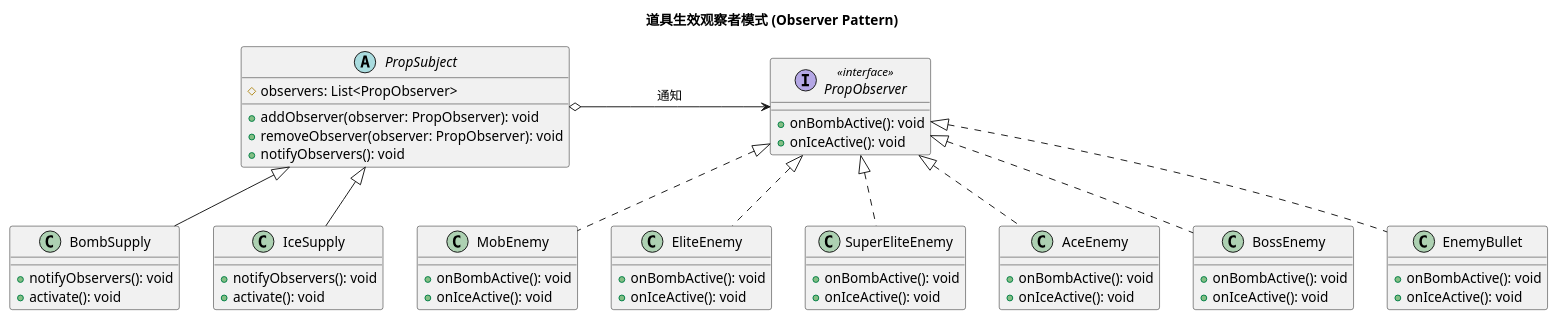
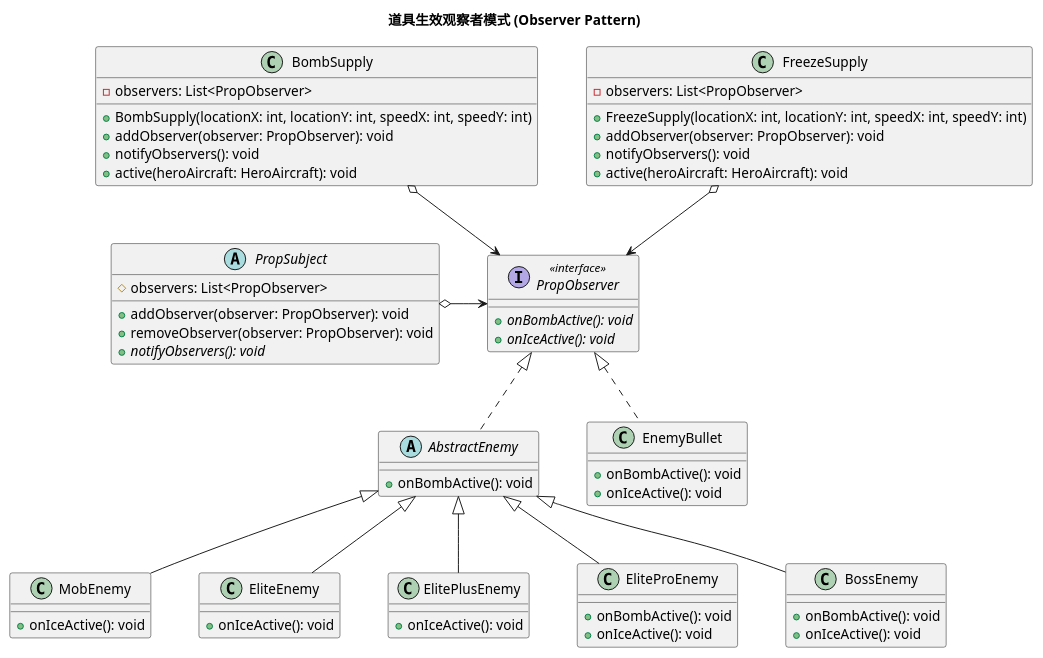
The diagram in uml/Observer Pattern.puml (Leslie-1341/AircraftWar-base1.0), drawn with PlantUML before and after one commit. The commit also changed 22 other files, not shown here.

Commit message:
完善了uml类图和部分代码

```diff
--- a/uml/Observer Pattern.puml
+++ b/uml/Observer Pattern.puml
@@ -1,73 +1,90 @@
 @startuml
 title 道具生效观察者模式 (Observer Pattern)
 
+skinparam nodesep 50
+skinparam ranksep 60
+
+' ================
 ' 1. 抽象观察者接口
+' ================
 interface PropObserver <<interface>> {
+    + {abstract} onBombActive(): void
+    + {abstract} onIceActive(): void
+}
+
+' =============
+' 2. 观察者实现层
+' =============
+abstract class AbstractEnemy {
+    ' 父类实现统一的炸弹响应逻辑
+    + onBombActive(): void
+}
+AbstractEnemy .up.|> PropObserver
+
+class MobEnemy {
+    + onIceActive(): void
+}
+class EliteEnemy {
+    + onIceActive(): void
+}
+class ElitePlusEnemy {
+    + onIceActive(): void
+}
+class EliteProEnemy {
+    + onBombActive(): void
+    + onIceActive(): void
+}
+class BossEnemy {
+    + onBombActive(): void
+    + onIceActive(): void
+}
+class EnemyBullet {
     + onBombActive(): void
     + onIceActive(): void
 }
 
-' 2. 具体观察者实现
-class MobEnemy implements PropObserver {
-    + onBombActive(): void
-    + onIceActive(): void
-}
+MobEnemy -up-|> AbstractEnemy
+EliteEnemy -up-|> AbstractEnemy
+ElitePlusEnemy -up-|> AbstractEnemy
+EliteProEnemy -up-|> AbstractEnemy
+BossEnemy -up-|> AbstractEnemy
 
-class EliteEnemy implements PropObserver {
-    + onBombActive(): void
-    + onIceActive(): void
-}
+' 子弹不继承飞机，直接实现接口
+EnemyBullet .up.|> PropObserver
 
-class SuperEliteEnemy implements PropObserver {
-    + onBombActive(): void
-    + onIceActive(): void
-}
-
-class AceEnemy implements PropObserver {
-    + onBombActive(): void
-    + onIceActive(): void
-}
-
-class BossEnemy implements PropObserver {
-    + onBombActive(): void
-    + onIceActive(): void
-}
-
-class EnemyBullet implements PropObserver {
-    + onBombActive(): void
-    + onIceActive(): void
-}
-
+' =============
 ' 3. 抽象观察目标
+' =============
 abstract class PropSubject {
     # observers: List<PropObserver>
     + addObserver(observer: PropObserver): void
     + removeObserver(observer: PropObserver): void
-    + notifyObservers(): void
+    + {abstract} notifyObservers(): void
 }
 
-' 4. 具体观察目标
-class BombSupply extends PropSubject {
+' =============
+' 4. 具体观察目标 
+' =============
+class BombSupply {
+    - observers: List<PropObserver>
+    + BombSupply(locationX: int, locationY: int, speedX: int, speedY: int)
+    + addObserver(observer: PropObserver): void
     + notifyObservers(): void
-    + activate(): void
+    + active(heroAircraft: HeroAircraft): void
 }
 
-class IceSupply extends PropSubject {
+class FreezeSupply {
+    - observers: List<PropObserver>
+    + FreezeSupply(locationX: int, locationY: int, speedX: int, speedY: int)
+    + addObserver(observer: PropObserver): void
     + notifyObservers(): void
-    + activate(): void
+    + active(heroAircraft: HeroAircraft): void
 }
 
+' ==========
 ' 5. 依赖关系
-PropSubject o--> PropObserver : "通知"
-
-' 布局调整 (可选，为了让图更好看)
-PropSubject -[hidden]right-> PropObserver
-BombSupply -[hidden]right-> IceSupply
-MobEnemy -[hidden]right-> EliteEnemy
-
-'note right of PropSubject::notifyObservers
-'  遍历 observers 列表，
-'  调用相应的方法通知它们
-'end note
-
+' ==========
+PropSubject o-right-> PropObserver 
+BombSupply o--> PropObserver 
+FreezeSupply o--> PropObserver 
 @enduml
```
